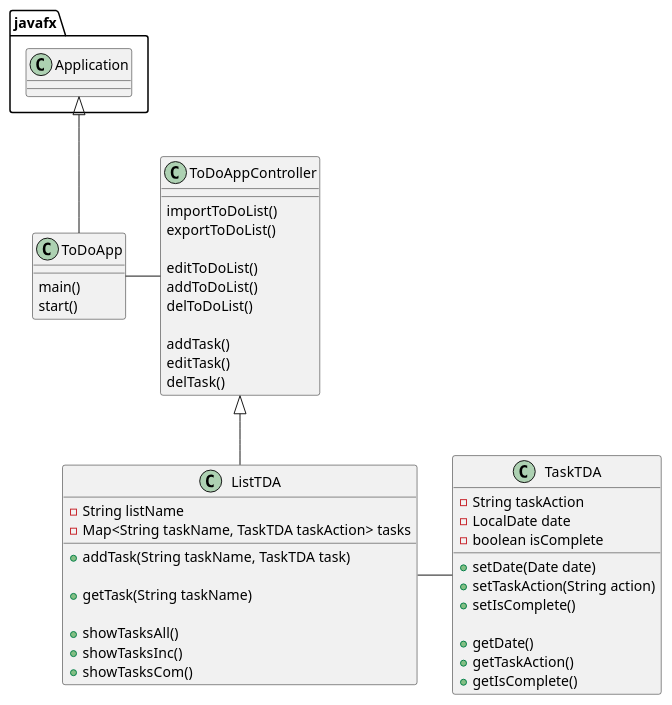
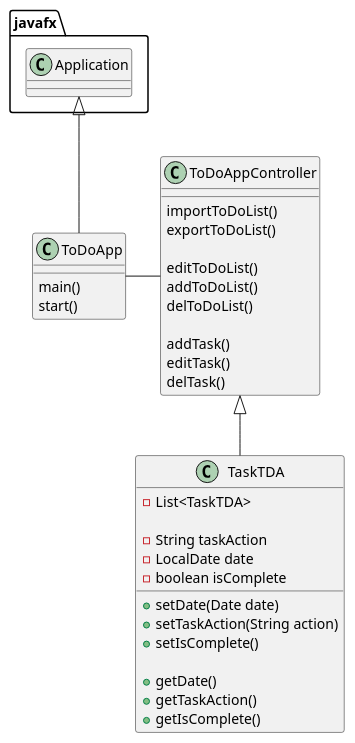
The diagram in uml/ToDoApp.puml (Sonxaj/turner-cop3330-assignment4part2), drawn with PlantUML before and after one commit. The commit also changed 9 other files, not shown here.

```diff
--- a/uml/ToDoApp.puml
+++ b/uml/ToDoApp.puml
@@ -1,56 +1,45 @@
 @startuml
 
 class ToDoApp{
     main()
     start()
 }
 
 class ToDoAppController{
     importToDoList()
     exportToDoList()
 
     editToDoList()
     addToDoList()
     delToDoList()
 
     addTask()
     editTask()
     delTask()
 }
 
-class ListTDA{
-    -String listName
-    -Map<String taskName, TaskTDA taskAction> tasks
-
-    +addTask(String taskName, TaskTDA task)
-
-    +getTask(String taskName)
-
-    +showTasksAll()
-    +showTasksInc()
-    +showTasksCom()
-}
 
 class TaskTDA{
+    -List<TaskTDA>
+
     -String taskAction
     -LocalDate date
     -boolean isComplete
 
     +setDate(Date date)
     +setTaskAction(String action)
     +setIsComplete()
 
     +getDate()
     +getTaskAction()
     +getIsComplete()
 }
 
 javafx.Application <|-- ToDoApp
 
 ToDoApp - ToDoAppController
 
-ToDoAppController <|-- ListTDA
+ToDoAppController <|-- TaskTDA
 
-ListTDA - TaskTDA
 
 @enduml
```
